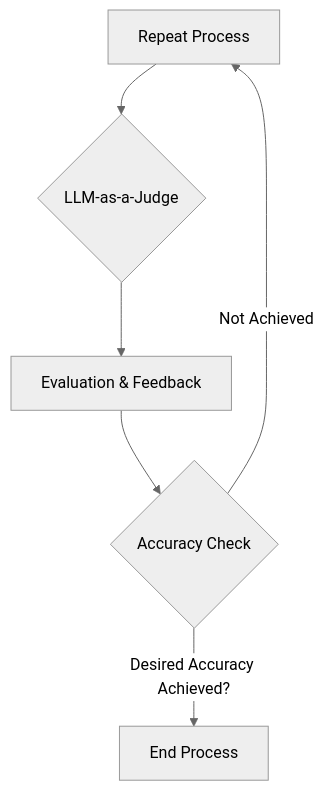
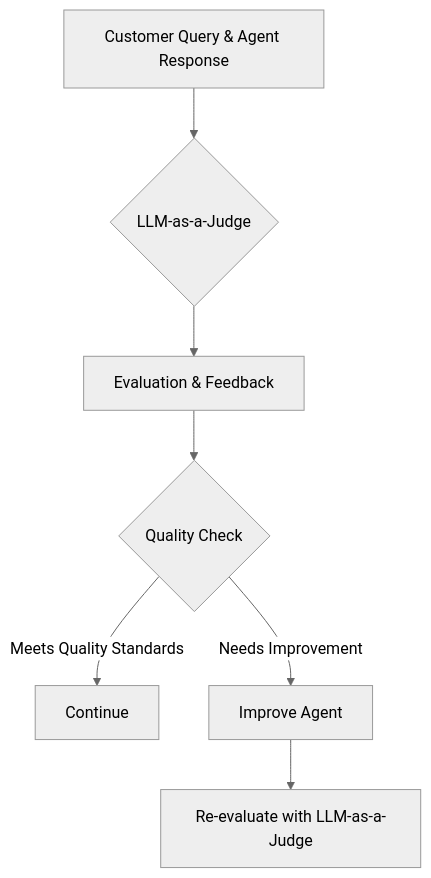
One commit to Portkey-AI/docs-core changed the diagram in guides/prompts/llm-as-a-judge.mdx. Above: the diagram before and after it, drawn with Mermaid (neutral theme). The commit also changed other lines of this file, not shown here.

````diff
--- a/guides/prompts/llm-as-a-judge.mdx
+++ b/guides/prompts/llm-as-a-judge.mdx
@@ -38,8 +38,9 @@
 ```mermaid
 flowchart TD
-    A[User Query & Agent's Response] --> B{LLM-as-a-Judge}
+    A[Customer Query & Agent Response] --> B{LLM-as-a-Judge}
     B --> C[Evaluation & Feedback]
-    C --> D{Accuracy Check}
-    D -->|Desired Accuracy Achieved?| E[End Process]
-    D -->|Not Achieved| A[Repeat Process]
+    C --> D{Quality Check}
+    D -->|Meets Quality Standards| E[Continue]
+    D -->|Needs Improvement| F[Improve Agent]
+    F --> G[Re-evaluate with LLM-as-a-Judge]
 ```
````
